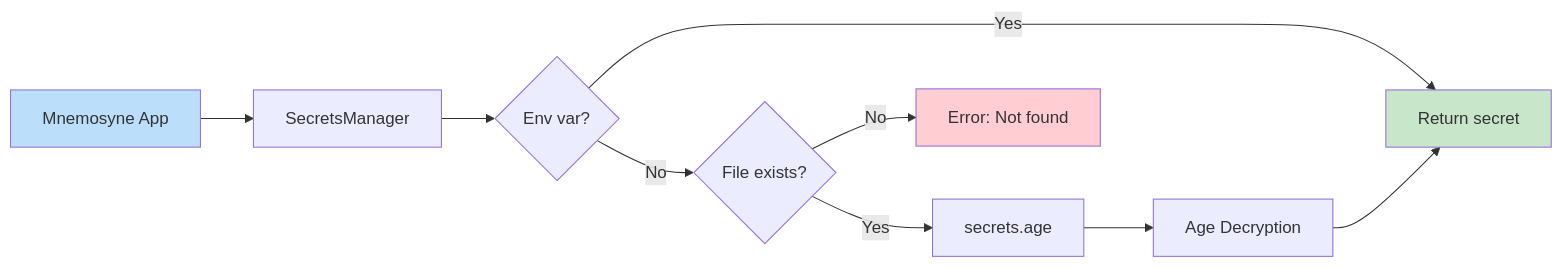
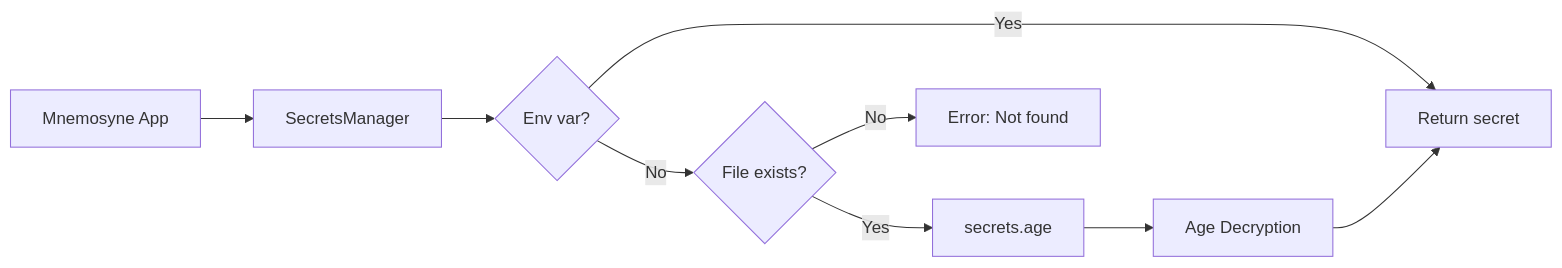
Before and after one commit to rand/mnemosyne: the second of 2 diagrams in SECRETS_MANAGEMENT.md, drawn with Mermaid. The commit also changed other lines of this file and 2 other files, not shown here.

Commit message:
Fix Mermaid diagram rendering issues for GitHub
Removed GitHub-incompatible Mermaid features from 13 diagrams across 7 files:
- Removed %%{init: ...}%% theme directives with custom themeVariables
- Removed style directives for fills, strokes, and colors
- Removed rect rgb(...) background boxes from sequence diagrams
- Preserved core diagram structure and information flow

GitHub's Mermaid renderer has limitations that don't support:
- Custom theme initialization directives
- Custom styling (colors, stroke widths, fills)
- Font size/family customization

All diagrams now use GitHub's default Mermaid theme and should render properly.

Affected files:
- ARCHITECTURE.md (4 diagrams: System Overview, Memory Creation/Retrieval/Context flows)
- MCP_SERVER.md (1 diagram: Architecture flowchart)
- SECRETS_MANAGEMENT.md (2 diagrams: Encryption/Decryption flows)

Other files verified clean:
- docs/guides/llm-reviewer.md (1 simple graph)
- docs/historical/v2-planning/execution-plan.md (3 Gantt charts)
- docs/historical/v2-planning/v2.0-specification.md (1 simple graph)
- CLAUDE.md (1 state diagram)

🤖 Generated with [Claude Code](https://claude.com/claude-code)

````diff
--- a/SECRETS_MANAGEMENT.md
+++ b/SECRETS_MANAGEMENT.md
@@ -367,23 +363,19 @@
 ```mermaid
 flowchart LR
     App[Mnemosyne App]
     SM[SecretsManager]
     Check1{Env var?}
     Check2{File exists?}
     Age[Age Decryption]
     File[secrets.age]
     Return[Return secret]
 
     App --> SM
     SM --> Check1
     Check1 -->|Yes| Return
     Check1 -->|No| Check2
     Check2 -->|Yes| File
     File --> Age
     Age --> Return
     Check2 -->|No| Error[Error: Not found]
-
-    style App fill:#bbdefb
-    style Return fill:#c8e6c9
-    style Error fill:#ffcdd2
 ```
````
